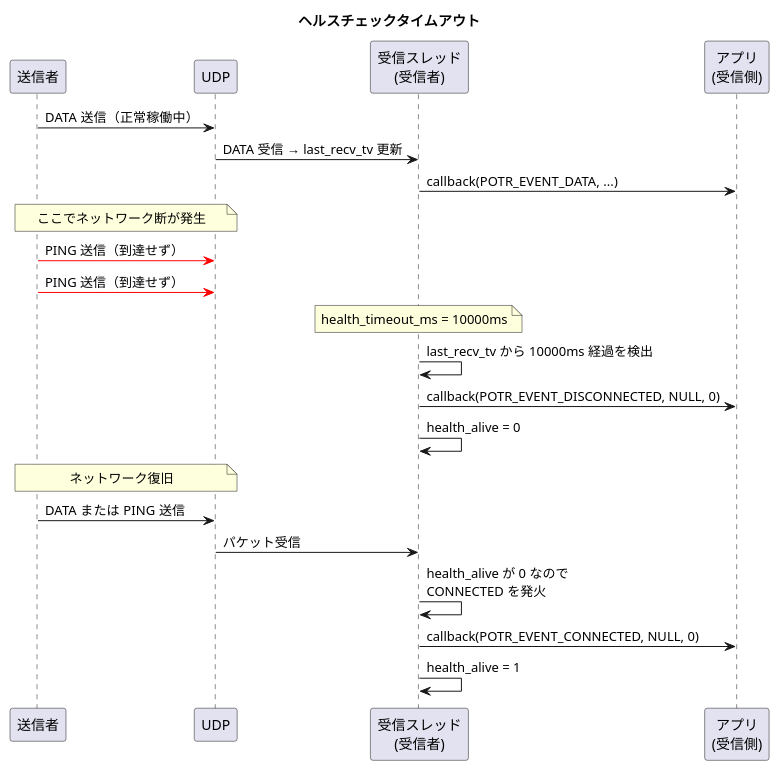
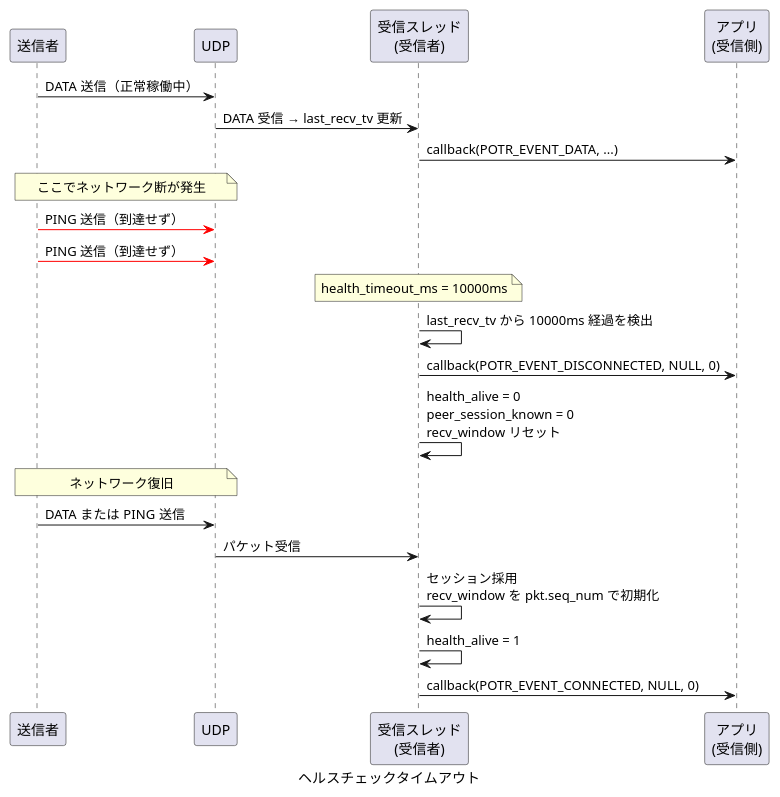
The ninth of 12 diagrams in prod/porter/docs/sequence.md (Hondarer/c-modernization-kit), drawn with PlantUML before and after one commit. The commit also changed other lines of this file and 13 other files, not shown here.

````diff
--- a/prod/porter/docs/sequence.md
+++ b/prod/porter/docs/sequence.md
@@ -345,36 +315,36 @@
 ```plantuml
-@startuml
-title ヘルスチェックタイムアウト
+@startuml ヘルスチェックタイムアウト
+caption ヘルスチェックタイムアウト
 
 participant "送信者" as S
 participant "UDP" as UDP
 participant "受信スレッド\n(受信者)" as RRT
 participant "アプリ\n(受信側)" as RAPP
 
 S -> UDP: DATA 送信（正常稼働中）
 UDP -> RRT: DATA 受信 → last_recv_tv 更新
 RRT -> RAPP: callback(POTR_EVENT_DATA, ...)
 
 note over S, UDP: ここでネットワーク断が発生
 
 S -[#red]> UDP: PING 送信（到達せず）
 S -[#red]> UDP: PING 送信（到達せず）
 
 note over RRT: health_timeout_ms = 10000ms
 
 RRT -> RRT: last_recv_tv から 10000ms 経過を検出
 
 RRT -> RAPP: callback(POTR_EVENT_DISCONNECTED, NULL, 0)
-RRT -> RRT: health_alive = 0
+RRT -> RRT: health_alive = 0\npeer_session_known = 0\nrecv_window リセット
 
 note over S, UDP: ネットワーク復旧
 
 S -> UDP: DATA または PING 送信
 UDP -> RRT: パケット受信
-RRT -> RRT: health_alive が 0 なので\nCONNECTED を発火
+RRT -> RRT: セッション採用\nrecv_window を pkt.seq_num で初期化
+RRT -> RRT: health_alive = 1
 
 RRT -> RAPP: callback(POTR_EVENT_CONNECTED, NULL, 0)
-RRT -> RRT: health_alive = 1
 
 @enduml
 ```
````
